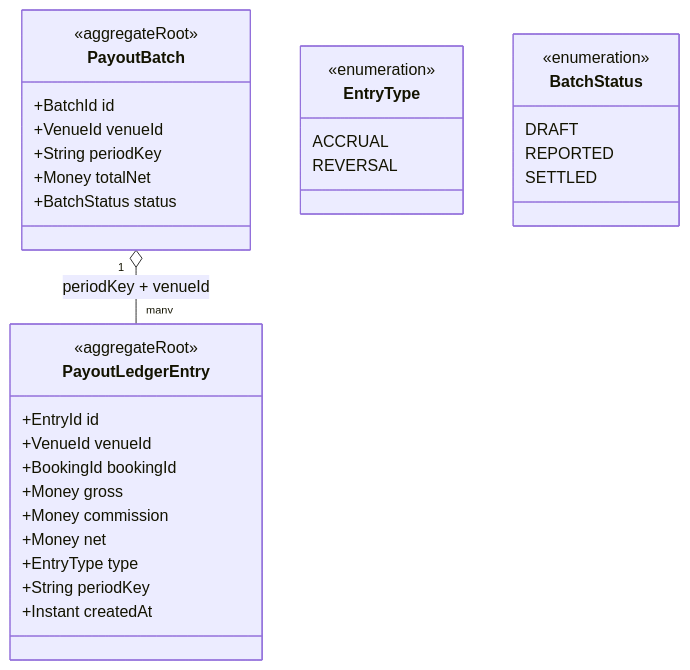
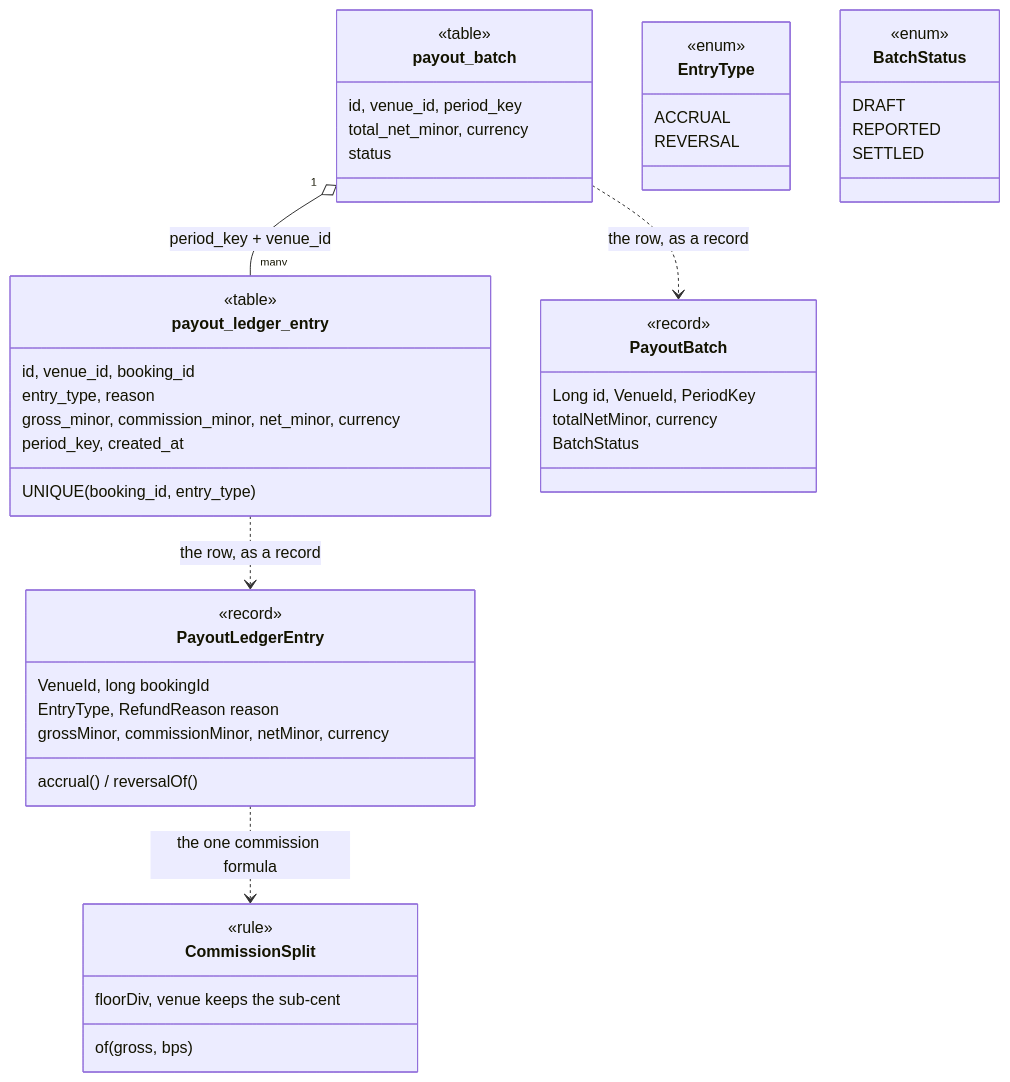
Before and after one commit to ivopogace/riviera-sunbed-booking: the seventh of 15 diagrams in docs/architecture/domain-model.md, drawn with Mermaid. The commit also changed other lines of this file and 53 other files, not shown here.

````diff
--- a/docs/architecture/domain-model.md
+++ b/docs/architecture/domain-model.md
@@ -327,35 +430,50 @@
 ```mermaid
 classDiagram
+    class payout_ledger_entry {
+        <<table>>
+        id, venue_id, booking_id
+        entry_type, reason
+        gross_minor, commission_minor, net_minor, currency
+        period_key, created_at
+        UNIQUE (booking_id, entry_type)
+    }
+    class payout_batch {
+        <<table>>
+        id, venue_id, period_key
+        total_net_minor, currency
+        status
+    }
     class PayoutLedgerEntry {
-        <<aggregateRoot>>
-        +EntryId id
-        +VenueId venueId
-        +BookingId bookingId
-        +Money gross
-        +Money commission
-        +Money net
-        +EntryType type
-        +String periodKey
-        +Instant createdAt
+        <<record>>
+        VenueId, long bookingId
+        EntryType, RefundReason reason
+        grossMinor, commissionMinor, netMinor, currency
+        accrual() / reversalOf()
     }
     class PayoutBatch {
-        <<aggregateRoot>>
-        +BatchId id
-        +VenueId venueId
-        +String periodKey
-        +Money totalNet
-        +BatchStatus status
+        <<record>>
+        Long id, VenueId, PeriodKey
+        totalNetMinor, currency
+        BatchStatus
+    }
+    class CommissionSplit {
+        <<rule>>
+        of(gross, bps)
+        floorDiv, venue keeps the sub-cent
     }
     class EntryType {
-        <<enumeration>>
+        <<enum>>
         ACCRUAL
         REVERSAL
     }
     class BatchStatus {
-        <<enumeration>>
+        <<enum>>
         DRAFT
         REPORTED
         SETTLED
     }
-    PayoutBatch "1" o-- "many" PayoutLedgerEntry : periodKey + venueId
+    payout_ledger_entry ..> PayoutLedgerEntry : the row, as a record
+    payout_batch ..> PayoutBatch : the row, as a record
+    PayoutLedgerEntry ..> CommissionSplit : the one commission formula
+    payout_batch "1" o-- "many" payout_ledger_entry : period_key + venue_id
 ```
````
